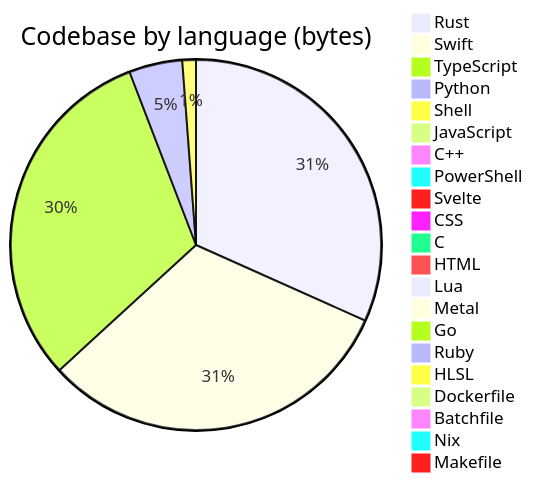
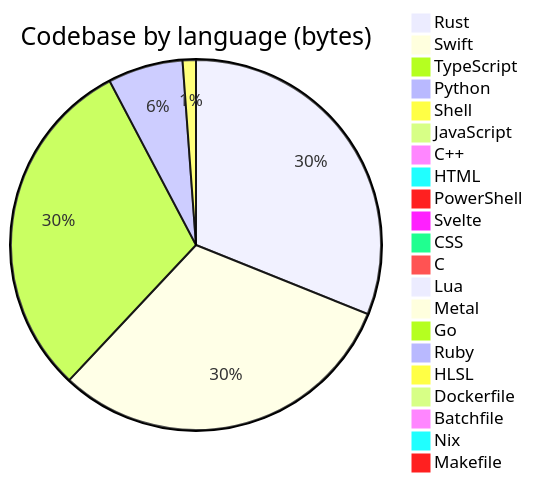
Before and after one commit to Open330/.github: the diagram in profile/README.md, drawn with Mermaid. The commit also changed other lines of this file and 1 other file, not shown here.

````diff
--- a/profile/README.md
+++ b/profile/README.md
@@ -138,24 +139,24 @@
 ```mermaid
 pie title Codebase by language (bytes)
-    "Rust" : 38282094
-    "Swift" : 38059772
-    "TypeScript" : 37413372
-    "Python" : 5615657
-    "Shell" : 1434322
-    "JavaScript" : 678296
+    "Rust" : 38413865
+    "Swift" : 38203038
+    "TypeScript" : 37438786
+    "Python" : 8101083
+    "Shell" : 1435513
+    "JavaScript" : 683083
     "C++" : 388775
+    "HTML" : 363989
     "PowerShell" : 333788
     "Svelte" : 275766
     "CSS" : 270642
     "C" : 197825
-    "HTML" : 130971
     "Lua" : 48814
     "Metal" : 33192
     "Go" : 22811
     "Ruby" : 8992
     "HLSL" : 7527
     "Dockerfile" : 7454
     "Batchfile" : 5660
     "Nix" : 3168
     "Makefile" : 1692
 ```
````
